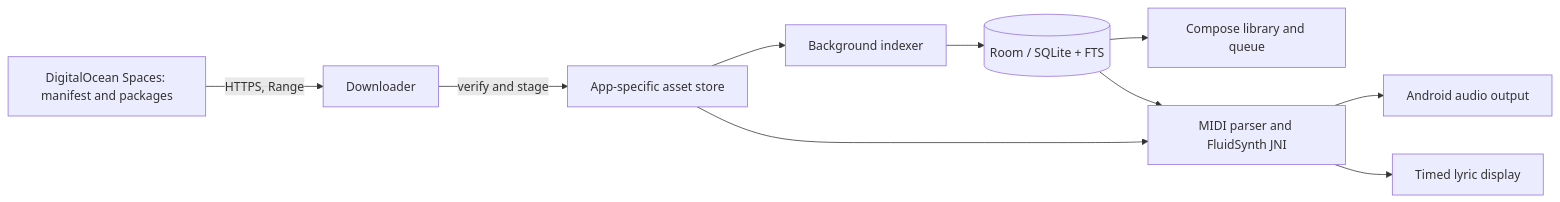
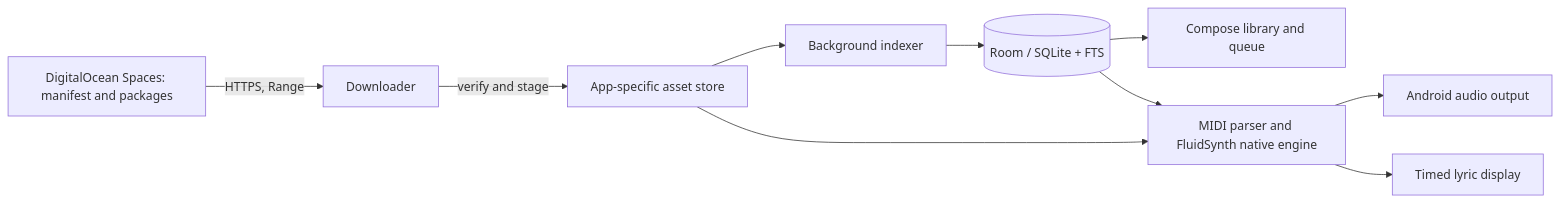
Before and after one commit to hillman3948-cyber/JKTV-Offline: the diagram in ANDROID_ARCHITECTURE.md, drawn with Mermaid. The commit also changed other lines of this file and 17 other files, not shown here.

````diff
--- a/ANDROID_ARCHITECTURE.md
+++ b/ANDROID_ARCHITECTURE.md
@@ -17,12 +17,12 @@
 ```mermaid
 flowchart LR
   DO[DigitalOcean Spaces: manifest and packages] -->|HTTPS, Range| DL[Downloader]
   DL -->|verify and stage| AS[App-specific asset store]
   AS --> IDX[Background indexer]
   IDX --> DB[(Room / SQLite + FTS)]
   DB --> UI[Compose library and queue]
-  AS --> MIDI[MIDI parser and FluidSynth JNI]
+  AS --> MIDI[MIDI parser and FluidSynth native engine]
   DB --> MIDI
   MIDI --> AUDIO[Android audio output]
   MIDI --> LYRICS[Timed lyric display]
 ```
````
